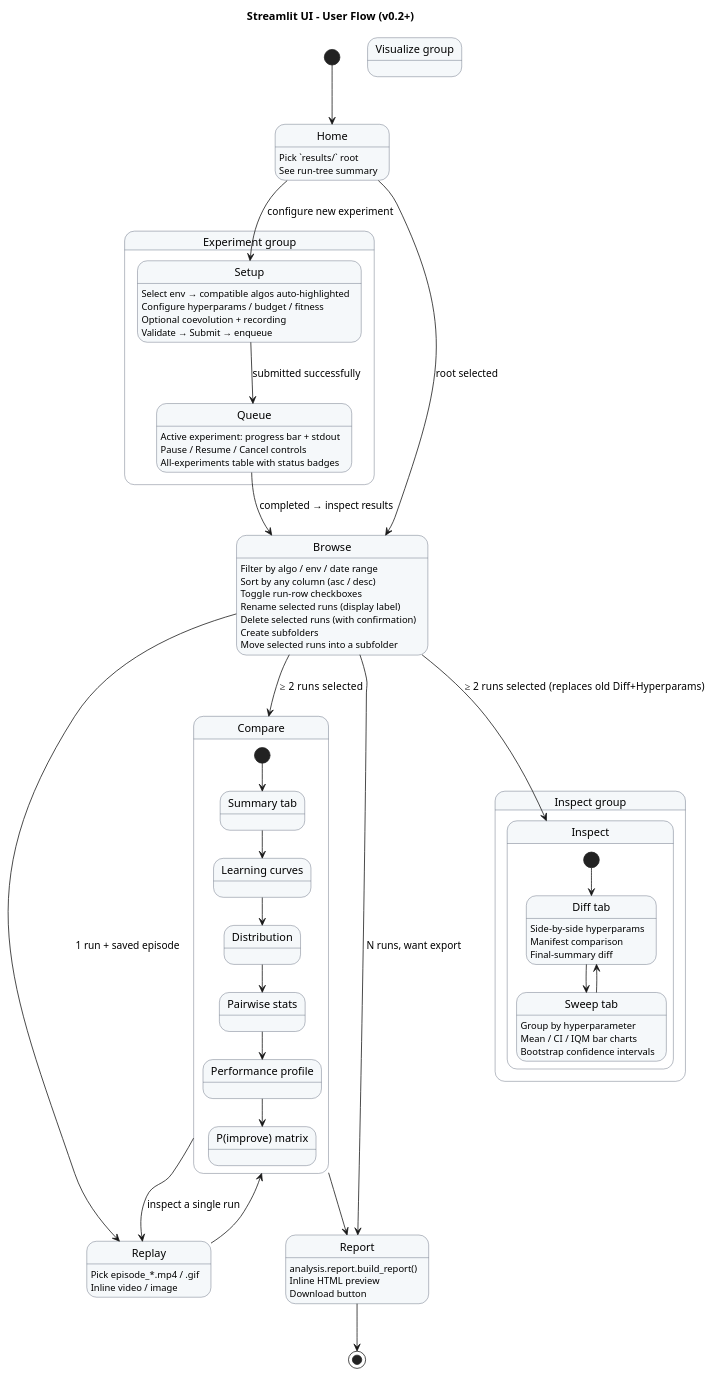
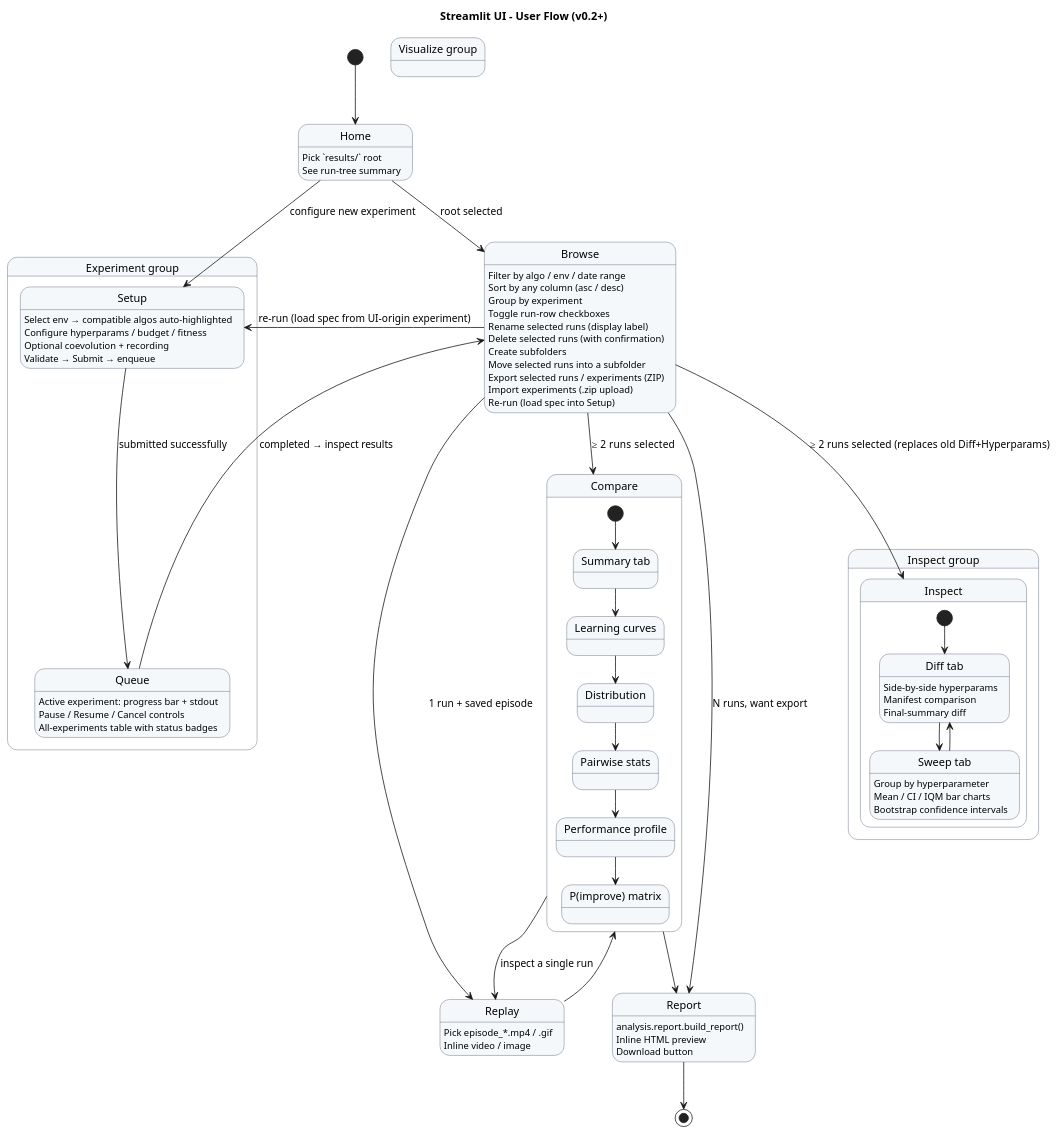
The diagram in docs/UML/user_flow_ui.puml (Alex180504/DEAP-Zoo-bridge), drawn with PlantUML before and after one commit. The commit also changed 3 other files, not shown here.

Commit message:
Update UML

```diff
--- a/docs/UML/user_flow_ui.puml
+++ b/docs/UML/user_flow_ui.puml
@@ -1,103 +1,108 @@
 @startuml user_flow_ui
 title Streamlit UI – User Flow (v0.2+)
 
 skinparam state {
   BackgroundColor #F5F8FA
   BorderColor #4A5568
 }
 
 [*] --> Home
 
 state Home {
     Home : Pick `results/` root
     Home : See run-tree summary
 }
 
 Home --> Browse : root selected
 
 state "Experiment group" as ExpGroup {
     state Setup {
         Setup : Select env → compatible algos auto-highlighted
         Setup : Configure hyperparams / budget / fitness
         Setup : Optional coevolution + recording
         Setup : Validate → Submit → enqueue
     }
     state Queue {
         Queue : Active experiment: progress bar + stdout
         Queue : Pause / Resume / Cancel controls
         Queue : All-experiments table with status badges
     }
 }
 
 Home --> Setup : configure new experiment
 Setup --> Queue : submitted successfully
 Queue --> Browse : completed → inspect results
+Browse --> Setup : re-run (load spec from UI-origin experiment)
 
 state Browse {
     Browse : Filter by algo / env / date range
     Browse : Sort by any column (asc / desc)
+    Browse : Group by experiment
     Browse : Toggle run-row checkboxes
     Browse : Rename selected runs (display label)
     Browse : Delete selected runs (with confirmation)
     Browse : Create subfolders
     Browse : Move selected runs into a subfolder
+    Browse : Export selected runs / experiments (ZIP)
+    Browse : Import experiments (.zip upload)
+    Browse : Re-run (load spec into Setup)
 }
 
 Browse --> Compare : ≥ 2 runs selected
 Browse --> Replay : 1 run + saved episode
 Browse --> Report : N runs, want export
 
 state "Visualize group" as VisGroup {
     state Compare {
         state "Summary tab"        as Sum
         state "Learning curves"    as LC
         state "Distribution"       as Dist
         state "Pairwise stats"     as PW
         state "Performance profile" as PP
         state "P(improve) matrix"  as PI
         [*] --> Sum
         Sum --> LC
         LC --> Dist
         Dist --> PW
         PW --> PP
         PP --> PI
     }
 
     state Replay {
         Replay : Pick episode_*.mp4 / .gif
         Replay : Inline video / image
     }
 
     state Report {
         Report : analysis.report.build_report()
         Report : Inline HTML preview
         Report : Download button
     }
 }
 
 state "Inspect group" as InsGroup {
     state Inspect {
         state "Diff tab" as Diff {
             Diff : Side-by-side hyperparams
             Diff : Manifest comparison
             Diff : Final-summary diff
         }
         state "Sweep tab" as Sweep {
             Sweep : Group by hyperparameter
             Sweep : Mean / CI / IQM bar charts
             Sweep : Bootstrap confidence intervals
         }
         [*] --> Diff
         Diff --> Sweep
         Sweep --> Diff
     }
 }
 
 Browse --> Inspect : ≥ 2 runs selected (replaces old Diff+Hyperparams)
 
 Compare --> Report
 Compare --> Replay : inspect a single run
 Replay --> Compare
 Report --> [*]
 
 @enduml
```
